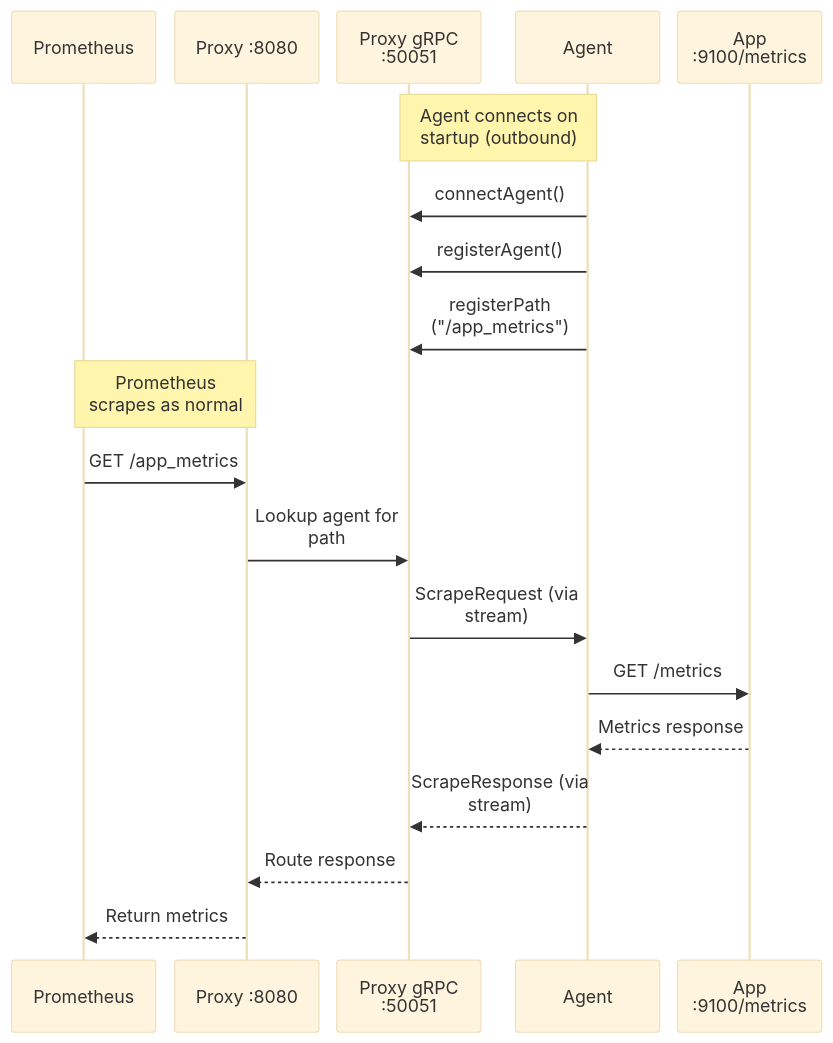
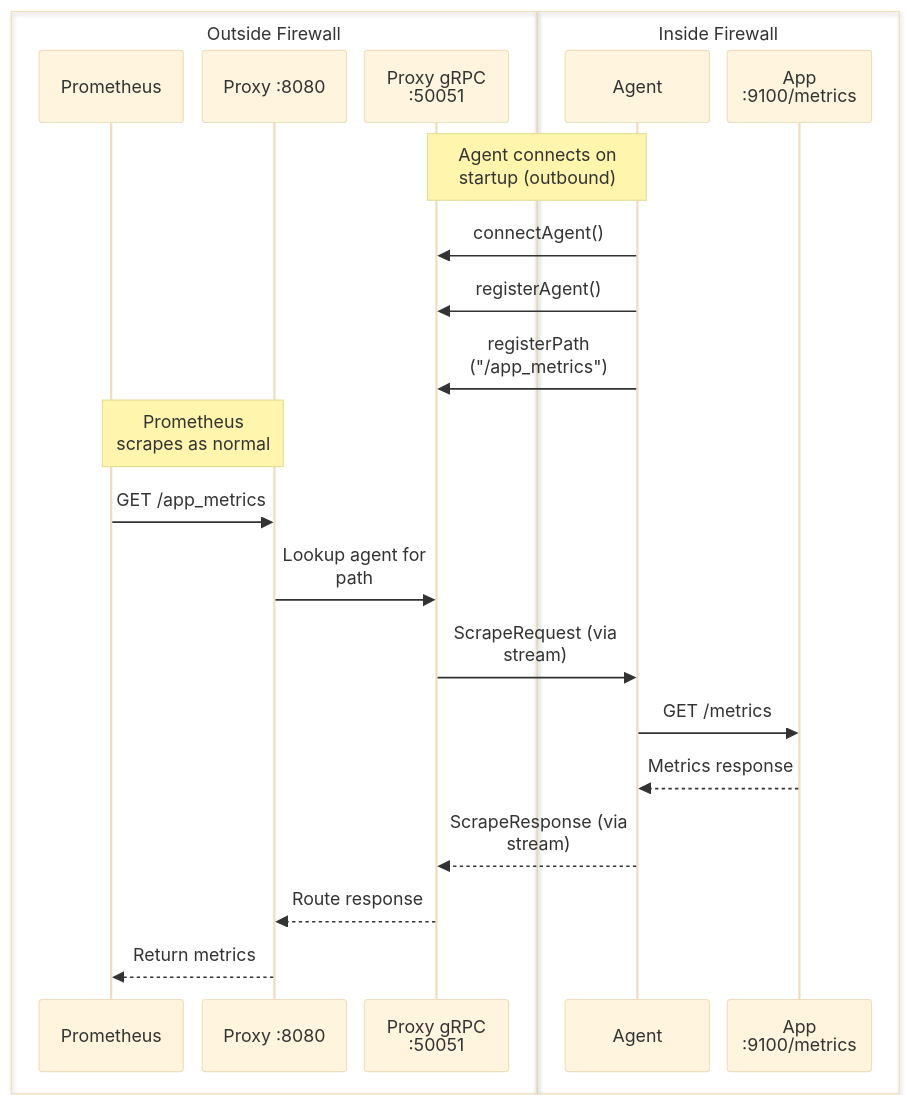
The diagram in website/prometheus-proxy/docs/architecture.md (pambrose/prometheus-proxy), drawn with Mermaid (base theme) before and after one commit. The commit also changed other lines of this file and 39 other files, not shown here.

````diff
--- a/website/prometheus-proxy/docs/architecture.md
+++ b/website/prometheus-proxy/docs/architecture.md
@@ -29,31 +29,38 @@
 ``` mermaid
 %%{init: {'sequence': {'actorMargin': 16, 'width': 130, 'wrap': true}}}%%
 sequenceDiagram
     accTitle: Request flow
     accDescr {
-      The agent connects to the proxy's gRPC port when it starts, registers itself, and registers the path
-      /app_metrics. When Prometheus scrapes /app_metrics on the proxy's port 8080, the proxy looks up the agent for
-      the path and sends it a scrape request over the stream. The agent fetches /metrics from the app on port 9100
-      and sends the response back over the stream, and the proxy returns it to Prometheus.
+      Prometheus and the proxy are outside the firewall; the agent and the app it scrapes are inside. The agent
+      connects out to the proxy's gRPC port when it starts, registers itself, and registers the path /app_metrics.
+      When Prometheus scrapes /app_metrics on the proxy's port 8080, the proxy looks up the agent for the path and
+      sends it a scrape request over the stream. The agent fetches /metrics from the app on port 9100 and sends the
+      response back over the stream, and the proxy returns it to Prometheus.
     }
-    participant P as Prometheus
-    participant Proxy as Proxy :8080
-    participant gRPC as Proxy gRPC :50051
-    participant Agent as Agent
-    participant App as App :9100/metrics
+    %% The firewall runs between the two boxes, as between the flowcharts' zones: every arrow across it travels on
+    %% the connection the agent opened from inside.
+    box Outside Firewall
+      participant P as Prometheus
+      participant Proxy as Proxy :8080
+      participant gRPC as Proxy gRPC :50051
+    end
+    box Inside Firewall
+      participant Agent as Agent
+      participant App as App :9100/metrics
+    end
 
     Note over Agent, gRPC: Agent connects on startup (outbound)
     Agent->>gRPC: connectAgent()
     Agent->>gRPC: registerAgent()
     Agent->>gRPC: registerPath<br/>("/app_metrics")
 
     Note over P, Proxy: Prometheus scrapes as normal
     P->>Proxy: GET /app_metrics
     Proxy->>gRPC: Lookup agent for path
     gRPC->>Agent: ScrapeRequest (via stream)
     Agent->>App: GET /metrics
     App-->>Agent: Metrics response
     Agent-->>gRPC: ScrapeResponse (via stream)
     gRPC-->>Proxy: Route response
     Proxy-->>P: Return metrics
 ```
````
